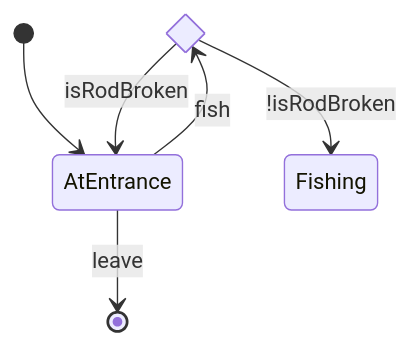
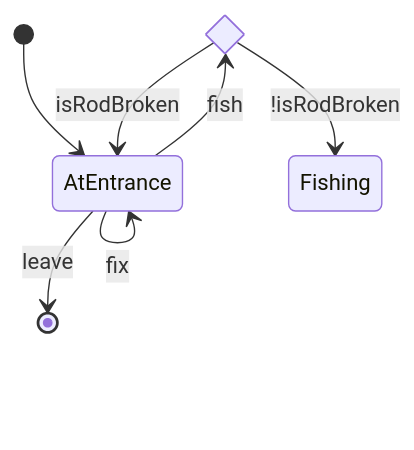
Before and after one commit to normal-devs/klicker-knight: the first of 2 diagrams in docs/rooms/fishingRoom.md, drawn with Mermaid.

Commit message:
adding fix command to the docs

````diff
--- a/docs/rooms/fishingRoom.md
+++ b/docs/rooms/fishingRoom.md
@@ -25,10 +25,11 @@
 ```mermaid
 
 stateDiagram-v2
   state check_rod <<choice>>
   [*] --> AtEntrance
   AtEntrance --> check_rod: fish
+  AtEntrance --> AtEntrance: fix
   check_rod --> AtEntrance: isRodBroken
   check_rod --> Fishing: !isRodBroken
   AtEntrance --> [*]: leave
 ```
````
